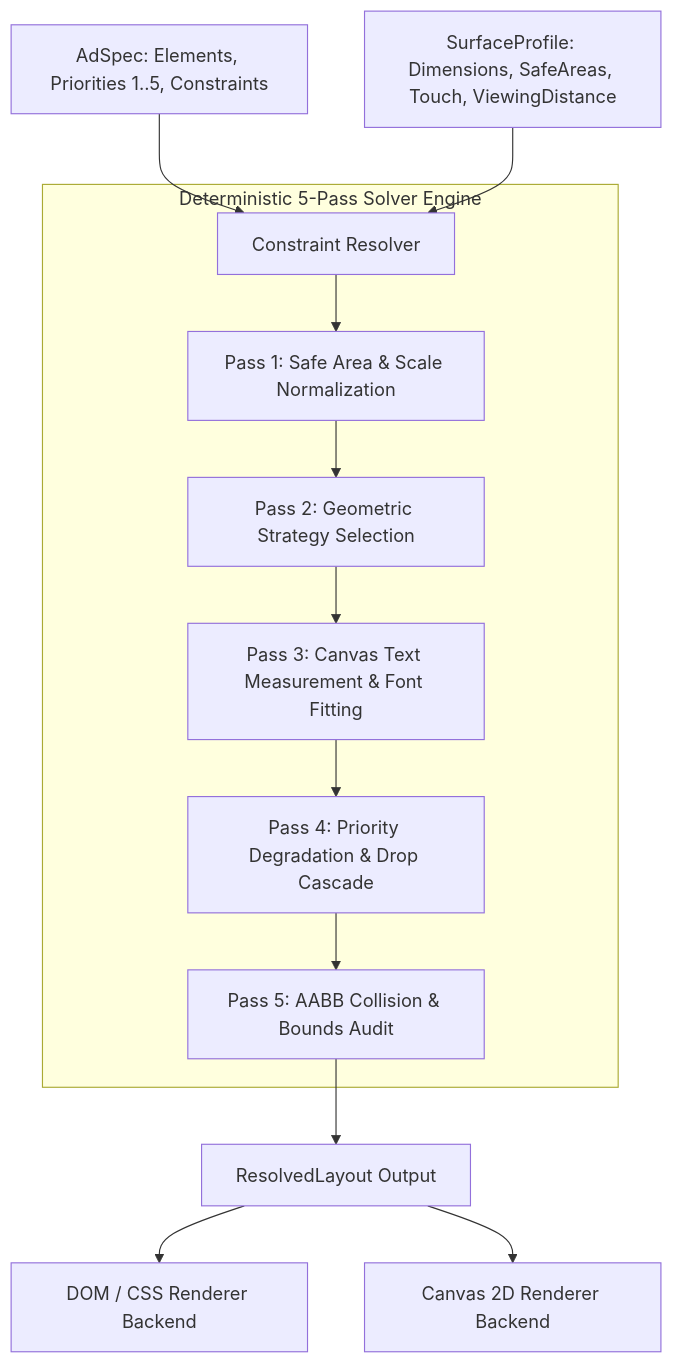
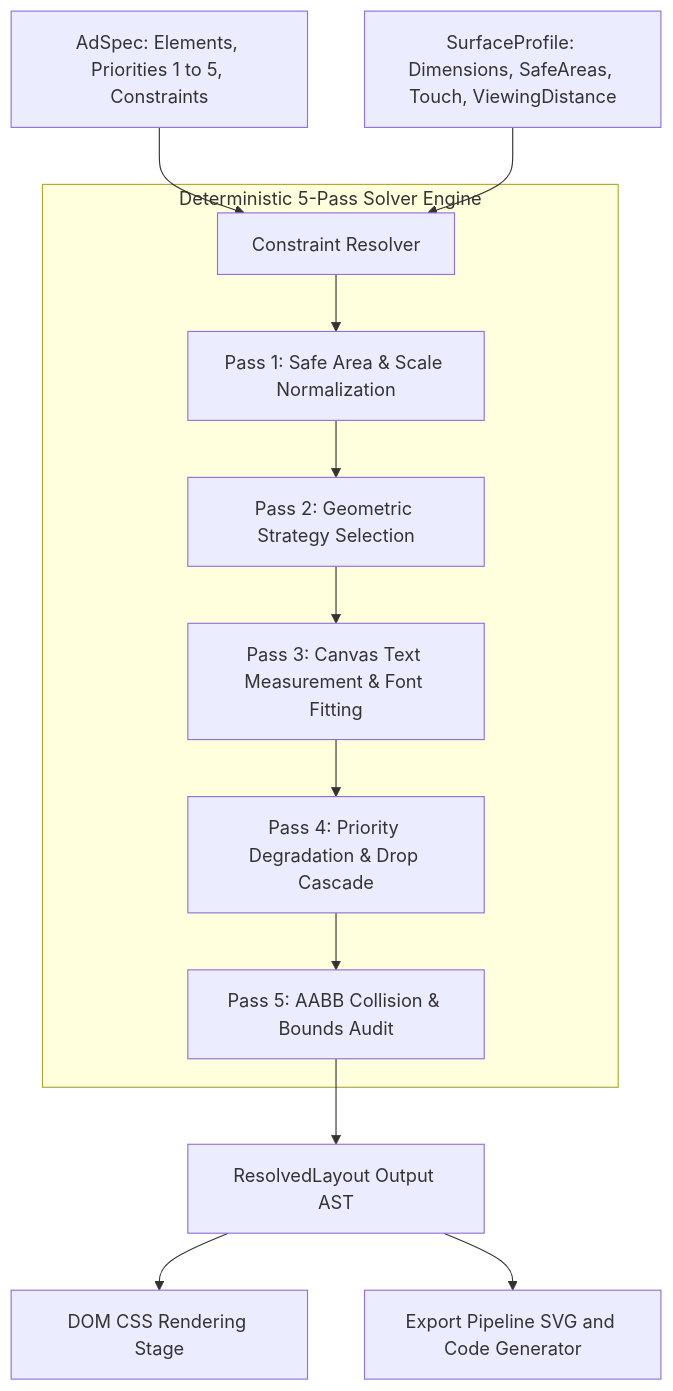
One commit to Prithviraj-Dhavan/Adaptive-Layout-Engine changed the diagram in README.md. Above: the diagram before and after it, drawn with Mermaid. The commit also changed other lines of this file, not shown here.

````diff
--- a/README.md
+++ b/README.md
@@ -87,17 +130,17 @@
 ```mermaid
 graph TD
-    A[AdSpec: Elements, Priorities 1..5, Constraints] --> C[Constraint Resolver]
-    B[SurfaceProfile: Dimensions, SafeAreas, Touch, ViewingDistance] --> C
+    A["AdSpec: Elements, Priorities 1 to 5, Constraints"] --> C["Constraint Resolver"]
+    B["SurfaceProfile: Dimensions, SafeAreas, Touch, ViewingDistance"] --> C
     
-    subgraph Engine [Deterministic 5-Pass Solver Engine]
-        C --> P1[Pass 1: Safe Area & Scale Normalization]
-        P1 --> P2[Pass 2: Geometric Strategy Selection]
-        P2 --> P3[Pass 3: Canvas Text Measurement & Font Fitting]
-        P3 --> P4[Pass 4: Priority Degradation & Drop Cascade]
-        P4 --> P5[Pass 5: AABB Collision & Bounds Audit]
+    subgraph Engine ["Deterministic 5-Pass Solver Engine"]
+        C --> P1["Pass 1: Safe Area & Scale Normalization"]
+        P1 --> P2["Pass 2: Geometric Strategy Selection"]
+        P2 --> P3["Pass 3: Canvas Text Measurement & Font Fitting"]
+        P3 --> P4["Pass 4: Priority Degradation & Drop Cascade"]
+        P4 --> P5["Pass 5: AABB Collision & Bounds Audit"]
     end
     
-    P5 --> D[ResolvedLayout Output]
-    D --> E1[DOM / CSS Renderer Backend]
-    D --> E2[Canvas 2D Renderer Backend]
+    P5 --> D["ResolvedLayout Output AST"]
+    D --> E1["DOM CSS Rendering Stage"]
+    D --> E2["Export Pipeline SVG and Code Generator"]
 ```
````
